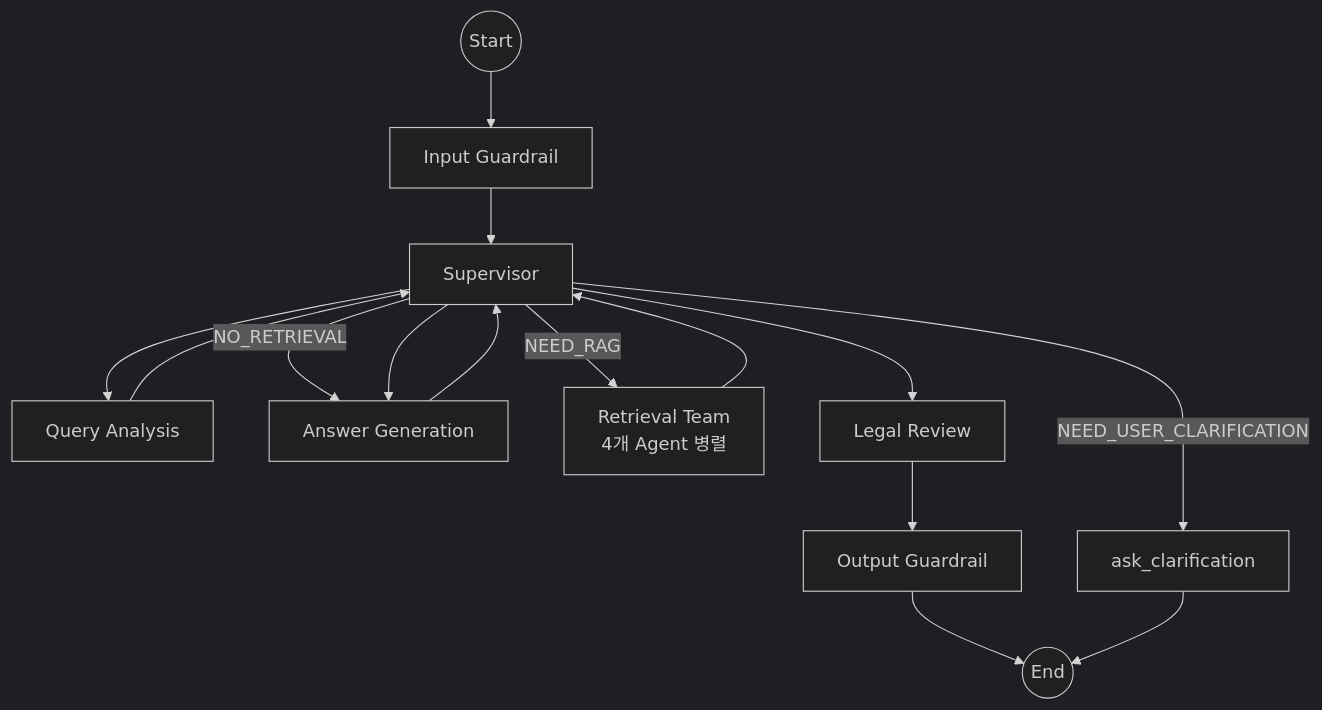
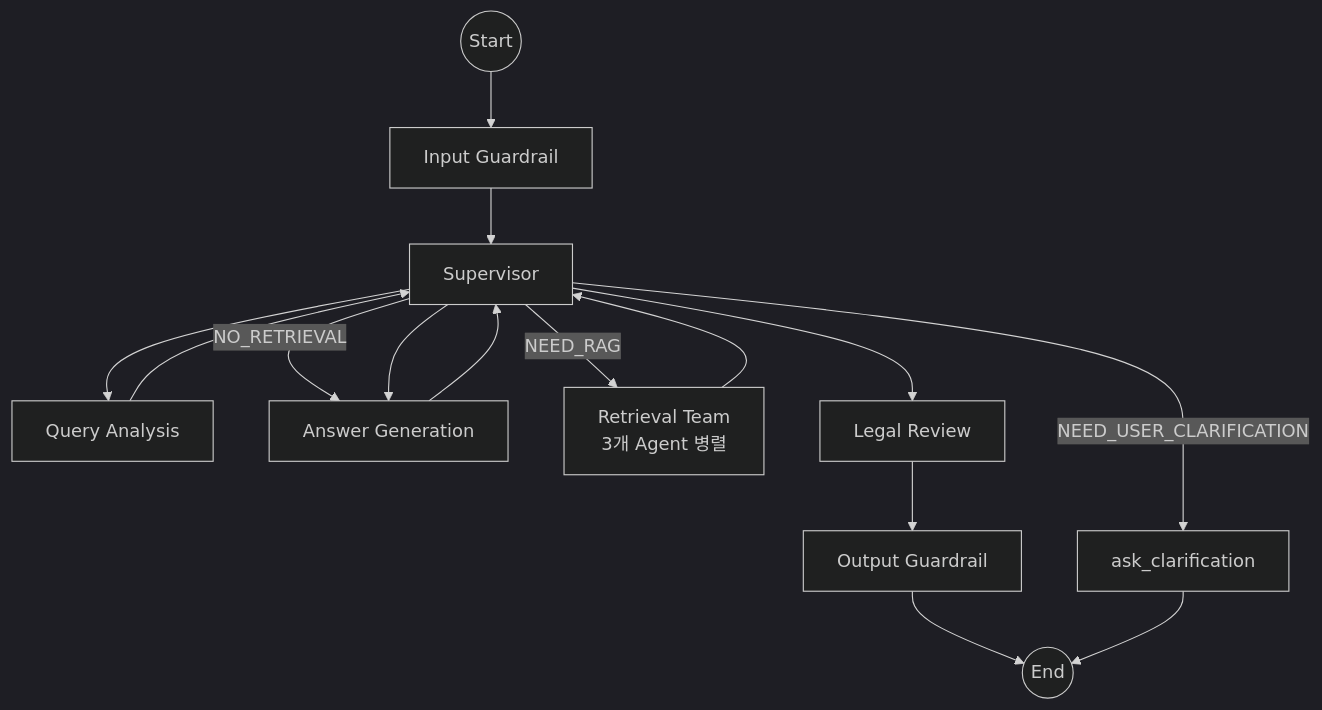
One commit to Maroco0109/Ddoksori changed the diagram in backend/app/supervisor/README.md. Above: the diagram before and after it, drawn with Mermaid (dark theme). The commit also changed other lines of this file and 58 other files, not shown here.

````diff
--- a/backend/app/supervisor/README.md
+++ b/backend/app/supervisor/README.md
@@ -57,22 +57,22 @@
 ```mermaid
 flowchart TD
     Start((Start)) --> InputGuard[Input Guardrail]
     InputGuard --> Supervisor[Supervisor]
 
     Supervisor --> Analysis[Query Analysis]
     Analysis --> Supervisor
 
     Supervisor -- "NEED_USER_CLARIFICATION" --> Clarify[ask_clarification]
     Supervisor -- "NO_RETRIEVAL" --> Generation
-    Supervisor -- "NEED_RAG" --> Retrieval[Retrieval Team<br/>4개 Agent 병렬]
+    Supervisor -- "NEED_RAG" --> Retrieval[Retrieval Team<br/>3개 Agent 병렬]
 
     Retrieval --> Supervisor
     Supervisor --> Generation[Answer Generation]
 
     Generation --> Supervisor
     Supervisor --> Review[Legal Review]
 
     Review --> OutputGuard[Output Guardrail]
     OutputGuard --> End((End))
     Clarify --> End
 ```
````
